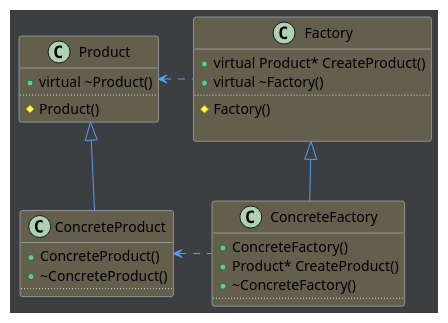
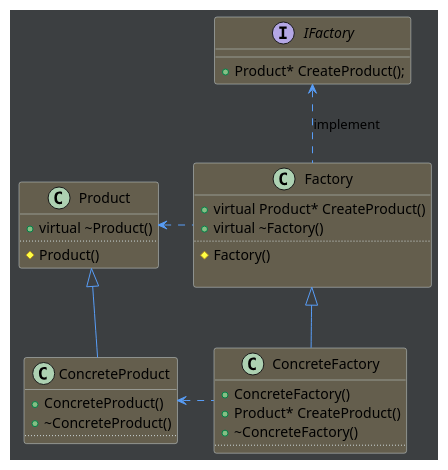
One commit to graycatya/DesignModel changed the diagram in Creational_model/Factory/Factory.pu. Above: the diagram before and after it, drawn with PlantUML. The commit also changed 5 other files, not shown here.

Commit message:
new AbstactFactory Uml

```diff
--- a/Creational_model/Factory/Factory.pu
+++ b/Creational_model/Factory/Factory.pu
@@ -1,51 +1,50 @@
 @startuml Factory
 
 skinparam BackGroundColor #3c3f41
 
 
 skinparam class {
     BorderColor #cbd5d6
     ArrowColor #589df6
     BackGroundColor #645e4d
 }
 
 class Product{
     + virtual ~Product()
     ..
     # Product()
 }
 
 class ConcreteProduct{
     + ConcreteProduct()
     + ~ConcreteProduct()
     ..
 }
 
-
+interface IFactory{
+    + Product* CreateProduct();
+}
 
 class Factory{
     + virtual Product* CreateProduct()
     + virtual ~Factory()
     ..
     # Factory()
     
 }
 
 class ConcreteFactory{
     + ConcreteFactory()
     + Product* CreateProduct()
     + ~ConcreteFactory()
     ..
 }
 
 ConcreteFactory .left.> ConcreteProduct
 ConcreteProduct -up-|> Product
 Factory .left.> Product
 ConcreteFactory -up-|> Factory
+Factory .up.> IFactory : implement
 
-'排版'
-
-'ConcreteFactory -up-> Product
-'ConcreteProduct -up-> Product
 
 @enduml
```
